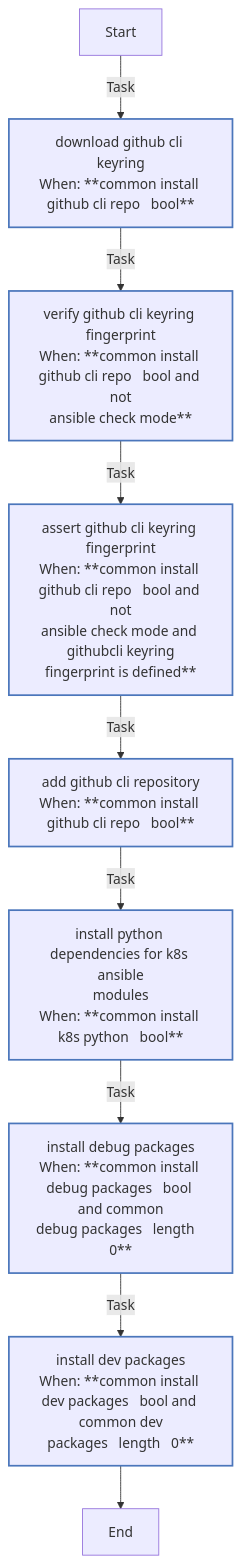
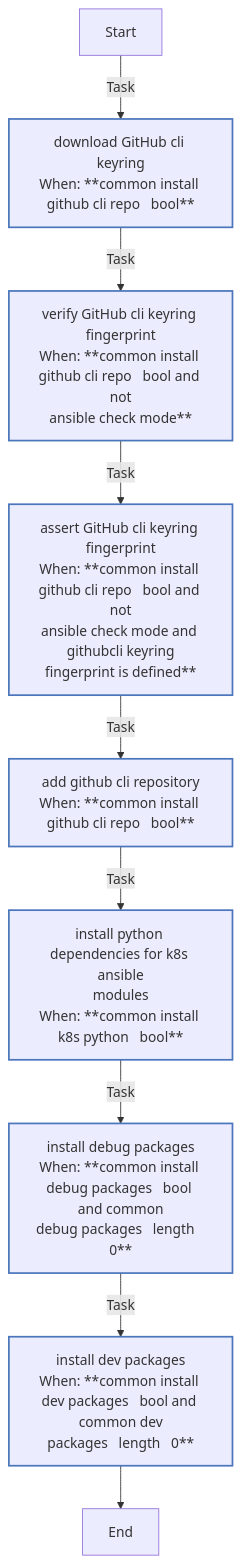
The second of 9 diagrams in roles/common/README.md (rou-cru/k3s-homelab), drawn with Mermaid before and after one commit.

````diff
--- a/roles/common/README.md
+++ b/roles/common/README.md
@@ -547,21 +547,21 @@
 ```mermaid
 flowchart TD
 Start
 classDef block stroke:#3498db,stroke-width:2px;
 classDef task stroke:#4b76bb,stroke-width:2px;
 classDef includeTasks stroke:#16a085,stroke-width:2px;
 classDef importTasks stroke:#34495e,stroke-width:2px;
 classDef includeRole stroke:#2980b9,stroke-width:2px;
 classDef importRole stroke:#699ba7,stroke-width:2px;
 classDef includeVars stroke:#8e44ad,stroke-width:2px;
 classDef rescue stroke:#665352,stroke-width:2px;
 
-  Start-->|Task| Download_GitHub_CLI_keyring0[download github cli keyring<br>When: **common install github cli repo   bool**]:::task
-  Download_GitHub_CLI_keyring0-->|Task| Verify_GitHub_CLI_keyring_fingerprint1[verify github cli keyring fingerprint<br>When: **common install github cli repo   bool and not<br>ansible check mode**]:::task
-  Verify_GitHub_CLI_keyring_fingerprint1-->|Task| Assert_GitHub_CLI_keyring_fingerprint2[assert github cli keyring fingerprint<br>When: **common install github cli repo   bool and not<br>ansible check mode and githubcli keyring<br>fingerprint is defined**]:::task
+  Start-->|Task| Download_GitHub_CLI_keyring0[download GitHub cli keyring<br>When: **common install github cli repo   bool**]:::task
+  Download_GitHub_CLI_keyring0-->|Task| Verify_GitHub_CLI_keyring_fingerprint1[verify GitHub cli keyring fingerprint<br>When: **common install github cli repo   bool and not<br>ansible check mode**]:::task
+  Verify_GitHub_CLI_keyring_fingerprint1-->|Task| Assert_GitHub_CLI_keyring_fingerprint2[assert GitHub cli keyring fingerprint<br>When: **common install github cli repo   bool and not<br>ansible check mode and githubcli keyring<br>fingerprint is defined**]:::task
   Assert_GitHub_CLI_keyring_fingerprint2-->|Task| Add_GitHub_CLI_repository3[add github cli repository<br>When: **common install github cli repo   bool**]:::task
   Add_GitHub_CLI_repository3-->|Task| Install_Python_dependencies_for_K8s_Ansible_modules4[install python dependencies for k8s ansible<br>modules<br>When: **common install k8s python   bool**]:::task
   Install_Python_dependencies_for_K8s_Ansible_modules4-->|Task| Install_debug_packages5[install debug packages<br>When: **common install debug packages   bool and common<br>debug packages   length   0**]:::task
   Install_debug_packages5-->|Task| Install_dev_packages6[install dev packages<br>When: **common install dev packages   bool and common dev<br>packages   length   0**]:::task
   Install_dev_packages6-->End
 ```
````
